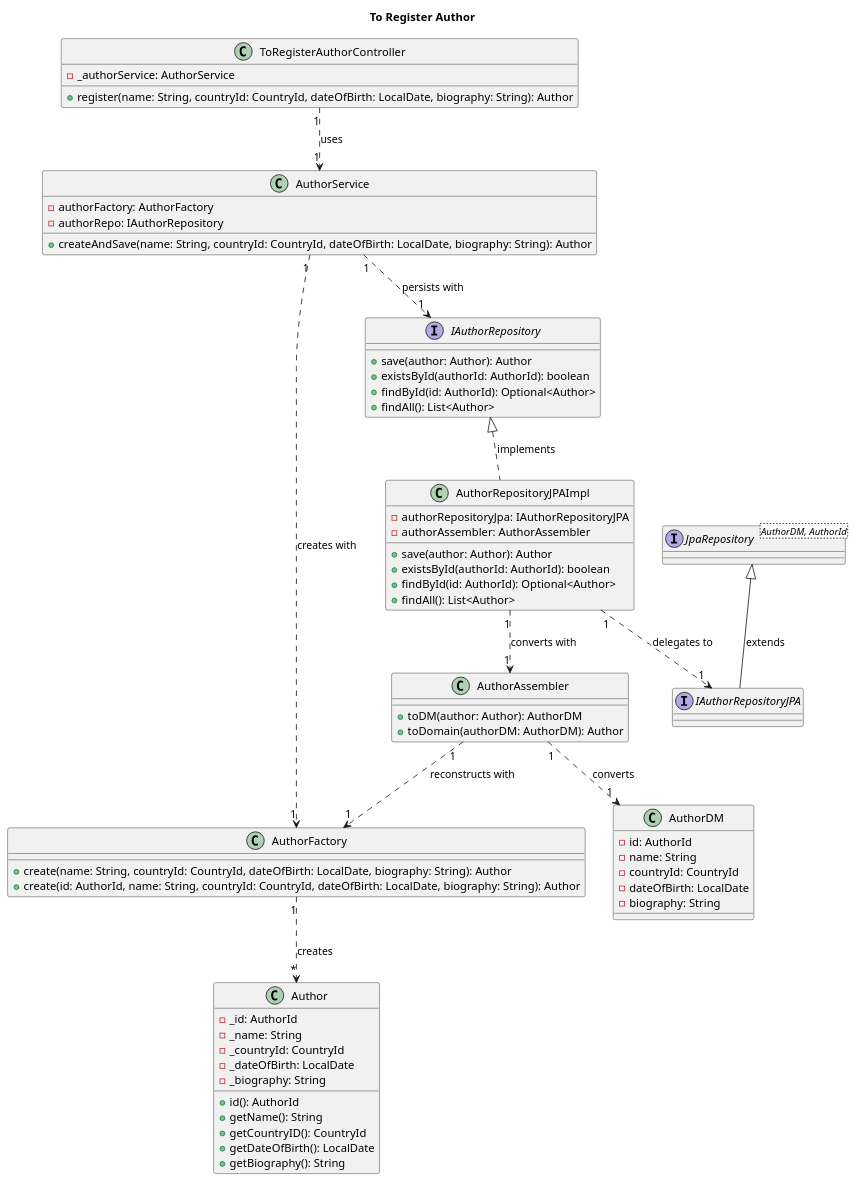
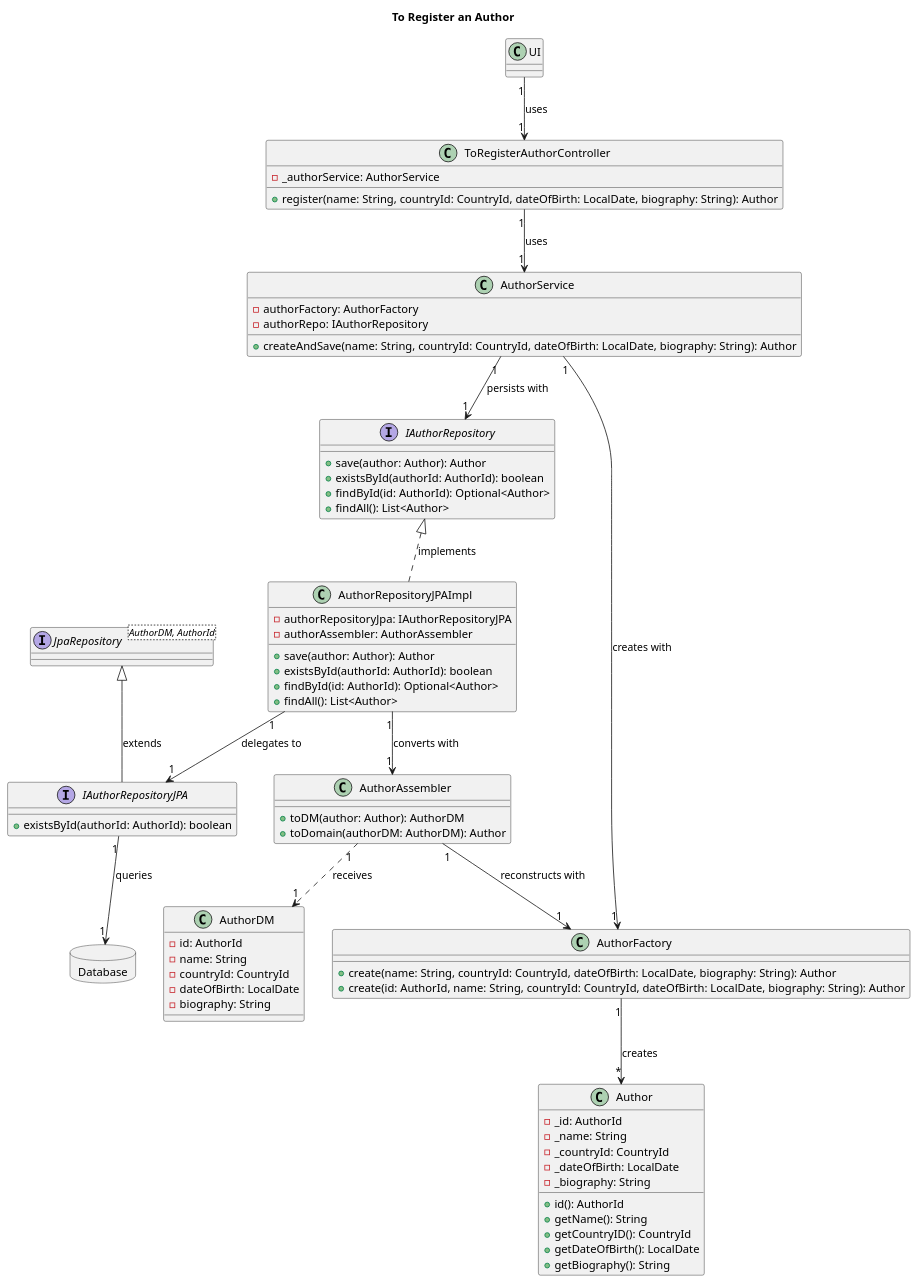
Before and after one commit to AndrePereiraGitH/SWitCH-Project-Team_A: the diagram in Diagrams/ClassDiagrams/To-register-an-author.puml, drawn with PlantUML. The commit also changed 3 other files, not shown here.

Commit message:
#755 #756 update Author diagrams and add null checks to controller

```diff
--- a/Diagrams/ClassDiagrams/To-register-an-author.puml
+++ b/Diagrams/ClassDiagrams/To-register-an-author.puml
@@ -1,79 +1,112 @@
 @startuml
-title To Register Author
+title To Register an Author
+
+' -------------------------
+' UI
+' -------------------------
+
+class UI {
+}
+
+' -------------------------
+' Controller
+' -------------------------
 
 class ToRegisterAuthorController {
   -_authorService: AuthorService
   +register(name: String, countryId: CountryId, dateOfBirth: LocalDate, biography: String): Author
 }
+
+' -------------------------
+' Service
+' -------------------------
 
 class AuthorService {
   -authorFactory: AuthorFactory
   -authorRepo: IAuthorRepository
   +createAndSave(name: String, countryId: CountryId, dateOfBirth: LocalDate, biography: String): Author
 }
 
+' -------------------------
+' Domain
+' -------------------------
+
 interface IAuthorRepository {
-  +save(author: Author): Author
-  +existsById(authorId: AuthorId): boolean
-  +findById(id: AuthorId): Optional<Author>
-  +findAll(): List<Author>
-}
-
-class AuthorRepositoryJPAImpl {
-  -authorRepositoryJpa: IAuthorRepositoryJPA
-  -authorAssembler: AuthorAssembler
   +save(author: Author): Author
   +existsById(authorId: AuthorId): boolean
   +findById(id: AuthorId): Optional<Author>
   +findAll(): List<Author>
 }
 
 class AuthorFactory {
   +create(name: String, countryId: CountryId, dateOfBirth: LocalDate, biography: String): Author
   +create(id: AuthorId, name: String, countryId: CountryId, dateOfBirth: LocalDate, biography: String): Author
 }
 
 class Author {
   -_id: AuthorId
   -_name: String
   -_countryId: CountryId
   -_dateOfBirth: LocalDate
   -_biography: String
   +id(): AuthorId
   +getName(): String
   +getCountryID(): CountryId
   +getDateOfBirth(): LocalDate
   +getBiography(): String
 }
 
+' -------------------------
+' Infrastructure
+' -------------------------
+
+class AuthorRepositoryJPAImpl {
+  -authorRepositoryJpa: IAuthorRepositoryJPA
+  -authorAssembler: AuthorAssembler
+  +save(author: Author): Author
+  +existsById(authorId: AuthorId): boolean
+  +findById(id: AuthorId): Optional<Author>
+  +findAll(): List<Author>
+}
+
 class AuthorAssembler {
   +toDM(author: Author): AuthorDM
   +toDomain(authorDM: AuthorDM): Author
 }
 
 class AuthorDM {
   -id: AuthorId
   -name: String
   -countryId: CountryId
   -dateOfBirth: LocalDate
   -biography: String
 }
 
 interface IAuthorRepositoryJPA {
+  +existsById(authorId: AuthorId): boolean
 }
 
 interface JpaRepository<AuthorDM, AuthorId> {
 }
 
-ToRegisterAuthorController "1" ..> "1" AuthorService : uses
-AuthorService "1" ..> "1" AuthorFactory : creates with
-AuthorService "1" ..> "1" IAuthorRepository : persists with
+database "Database" as DB {
+}
+
+' -------------------------
+' Relationships
+' -------------------------
+
+UI "1" --> "1" ToRegisterAuthorController : uses
+ToRegisterAuthorController "1" --> "1" AuthorService : uses
+AuthorService "1" --> "1" AuthorFactory : creates with
+AuthorService "1" --> "1" IAuthorRepository : persists with
 IAuthorRepository <|.. AuthorRepositoryJPAImpl : implements
-AuthorRepositoryJPAImpl "1" ..> "1" AuthorAssembler : converts with
-AuthorRepositoryJPAImpl "1" ..> "1" IAuthorRepositoryJPA : delegates to
-AuthorAssembler "1" ..> "1" AuthorFactory : reconstructs with
-AuthorAssembler "1" ..> "1" AuthorDM : converts
-AuthorFactory "1" ..> "*" Author : creates
+AuthorRepositoryJPAImpl "1" --> "1" AuthorAssembler : converts with
+AuthorRepositoryJPAImpl "1" --> "1" IAuthorRepositoryJPA : delegates to
+AuthorAssembler "1" --> "1" AuthorFactory : reconstructs with
+AuthorAssembler "1" ..> "1" AuthorDM : receives
+AuthorFactory "1" --> "*" Author : creates
 JpaRepository <|-- IAuthorRepositoryJPA : extends
+IAuthorRepositoryJPA "1" --> "1" DB : queries
 
 @enduml
```
